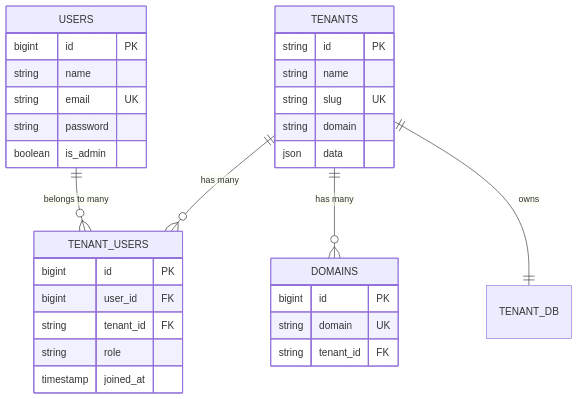
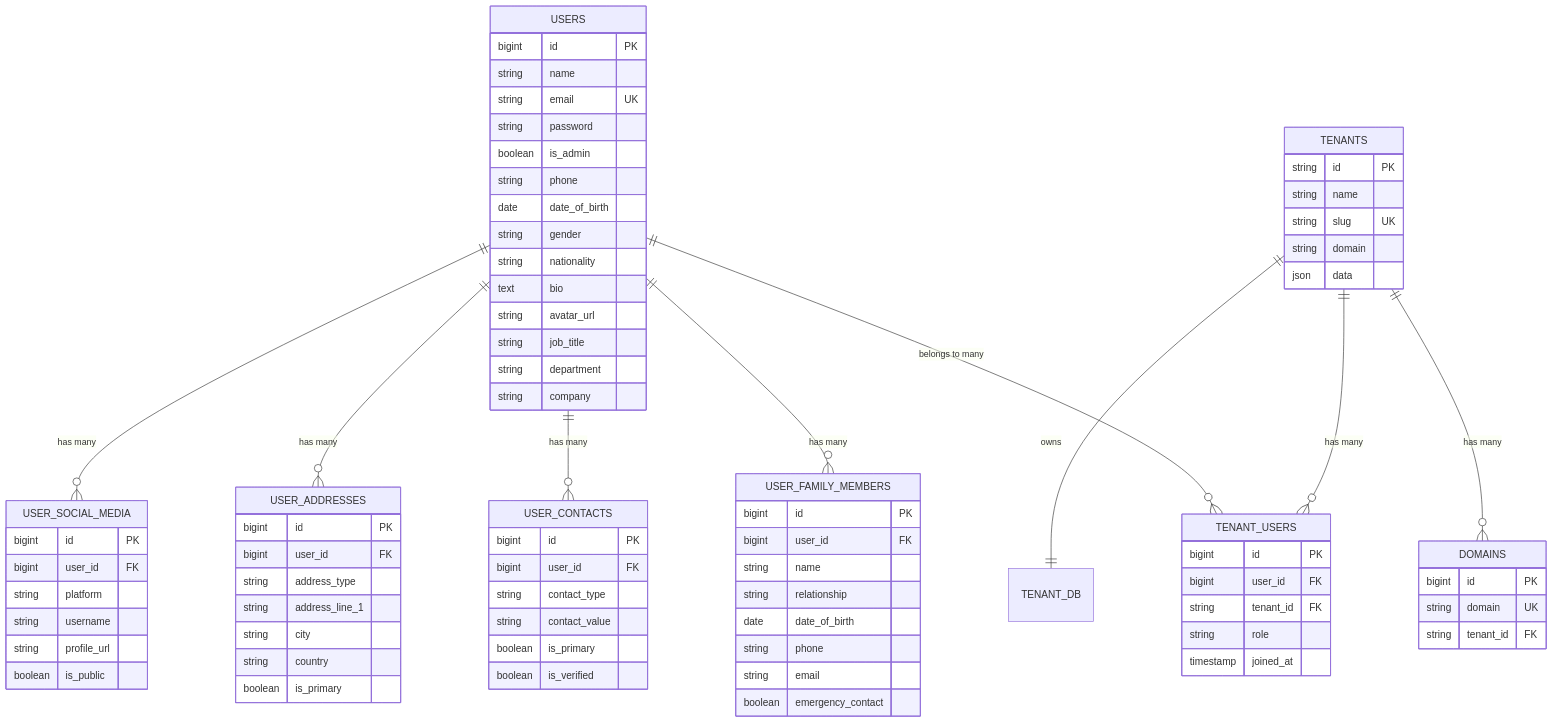
The diagram in docs/database-schema.md (hi-dil/SSO-POC), drawn with Mermaid before and after one commit. The commit also changed other lines of this file and 5 other files, not shown here.

````diff
--- a/docs/database-schema.md
+++ b/docs/database-schema.md
@@ -328,6 +463,10 @@
 ```mermaid
 erDiagram
     USERS ||--o{ TENANT_USERS : "belongs to many"
+    USERS ||--o{ USER_FAMILY_MEMBERS : "has many"
+    USERS ||--o{ USER_CONTACTS : "has many"
+    USERS ||--o{ USER_ADDRESSES : "has many"
+    USERS ||--o{ USER_SOCIAL_MEDIA : "has many"
     TENANTS ||--o{ TENANT_USERS : "has many"
     TENANTS ||--o{ DOMAINS : "has many"
     TENANTS ||--|| TENANT_DB : "owns"
@@ -338,6 +477,54 @@
         string email UK
         string password
         boolean is_admin
+        string phone
+        date date_of_birth
+        string gender
+        string nationality
+        text bio
+        string avatar_url
+        string job_title
+        string department
+        string company
+    }
+    
+    USER_FAMILY_MEMBERS {
+        bigint id PK
+        bigint user_id FK
+        string name
+        string relationship
+        date date_of_birth
+        string phone
+        string email
+        boolean emergency_contact
+    }
+    
+    USER_CONTACTS {
+        bigint id PK
+        bigint user_id FK
+        string contact_type
+        string contact_value
+        boolean is_primary
+        boolean is_verified
+    }
+    
+    USER_ADDRESSES {
+        bigint id PK
+        bigint user_id FK
+        string address_type
+        string address_line_1
+        string city
+        string country
+        boolean is_primary
+    }
+    
+    USER_SOCIAL_MEDIA {
+        bigint id PK
+        bigint user_id FK
+        string platform
+        string username
+        string profile_url
+        boolean is_public
     }
     
     TENANTS {
````
